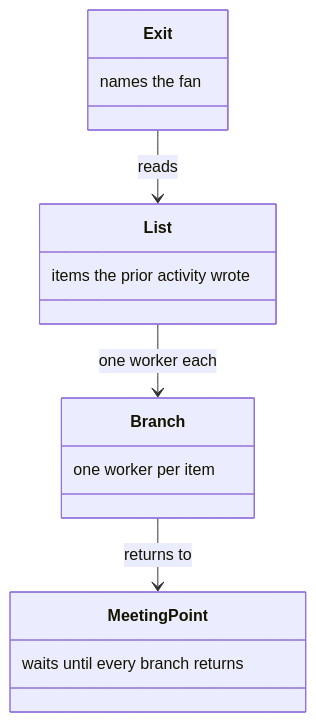
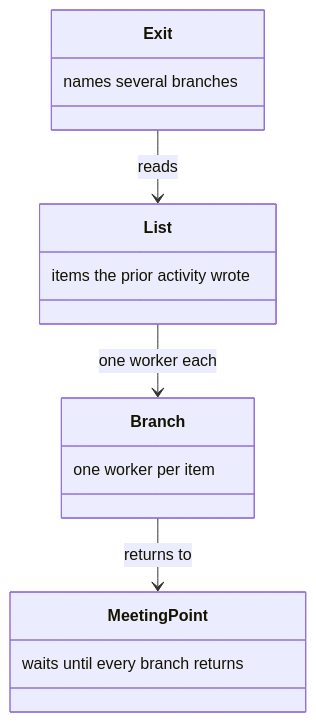
The tenth of 18 diagrams in docs/dispatch.md (m2ux/workflow-server), drawn with Mermaid before and after one commit. The commit also changed other lines of this file, not shown here.

Commit message:
Introduce the dispatch terms in the opening, and define a fan before naming it.

````diff
--- a/docs/dispatch.md
+++ b/docs/dispatch.md
@@ -169,18 +171,18 @@
 ```mermaid
 classDiagram
   class Exit {
-    names the fan
+    names several branches
   }
   class List {
     items the prior activity wrote
   }
   class Branch {
     one worker per item
   }
   class MeetingPoint {
     waits until every branch returns
   }
   Exit --> List : reads
   List --> Branch : one worker each
   Branch --> MeetingPoint : returns to
 ```
````
